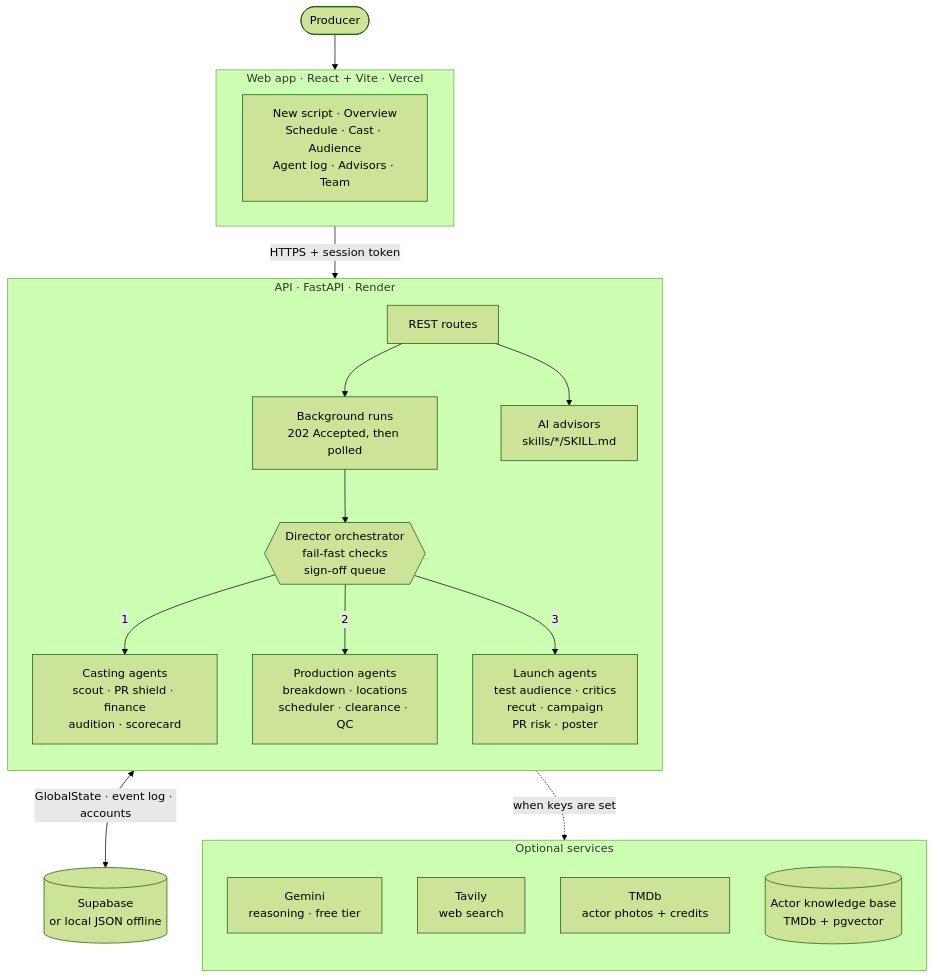
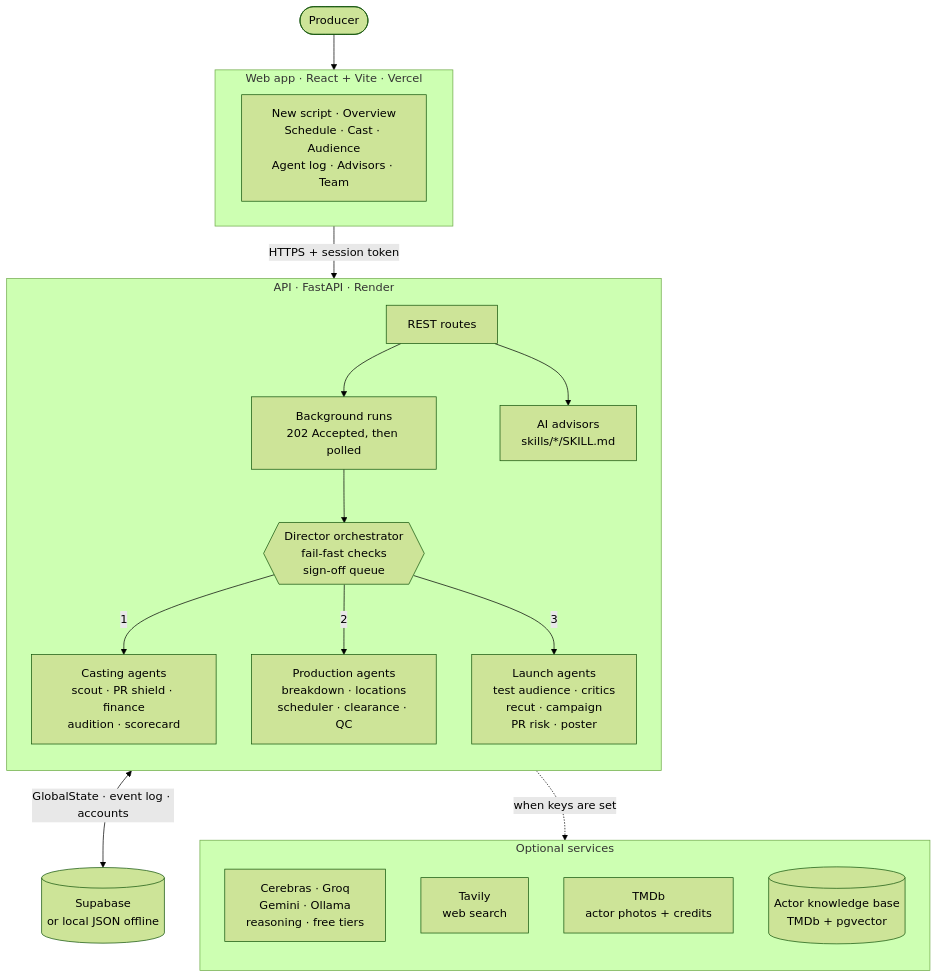
Before and after one commit to sizzywizzy/Lumen: the first of 3 diagrams in README.md, drawn with Mermaid (forest theme). The commit also changed other lines of this file and 62 other files, not shown here.

````diff
--- a/README.md
+++ b/README.md
@@ -109,31 +109,31 @@
 ```mermaid
 flowchart TB
     producer(["Producer"]) --> web
 
     subgraph web["Web app · React + Vite · Vercel"]
         pages["New script · Overview<br/>Schedule · Cast · Audience<br/>Agent log · Advisors · Team"]
     end
 
     web -->|HTTPS + session token| api
 
     subgraph api["API · FastAPI · Render"]
         direction TB
         routes["REST routes"] --> runs["Background runs<br/>202 Accepted, then polled"]
         routes --> advisors["AI advisors<br/>skills/*/SKILL.md"]
         runs --> orch{{"Director orchestrator<br/>fail-fast checks<br/>sign-off queue"}}
         orch -->|1| casting["Casting agents<br/>scout · PR shield · finance<br/>audition · scorecard"]
         orch -->|2| production["Production agents<br/>breakdown · locations<br/>scheduler · clearance · QC"]
         orch -->|3| launch["Launch agents<br/>test audience · critics<br/>recut · campaign<br/>PR risk · poster"]
     end
 
     api <-->|GlobalState · event log · accounts| store[("Supabase<br/>or local JSON offline")]
     api -.->|when keys are set| ext
 
     subgraph ext["Optional services"]
         direction TB
-        gemini["Gemini<br/>reasoning · free tier"]
+        gemini["Cerebras · Groq<br/>Gemini · Ollama<br/>reasoning · free tiers"]
         tavily["Tavily<br/>web search"]
         tmdb["TMDb<br/>actor photos + credits"]
         kb[("Actor knowledge base<br/>TMDb + pgvector")]
     end
 ```
````
